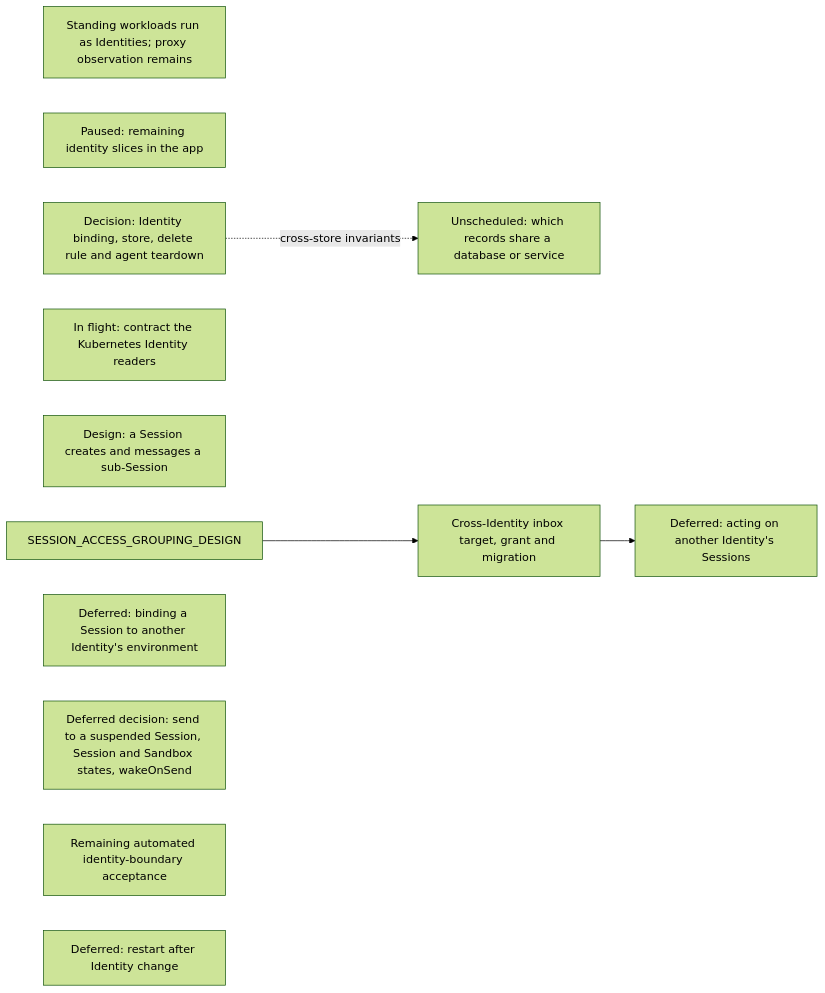
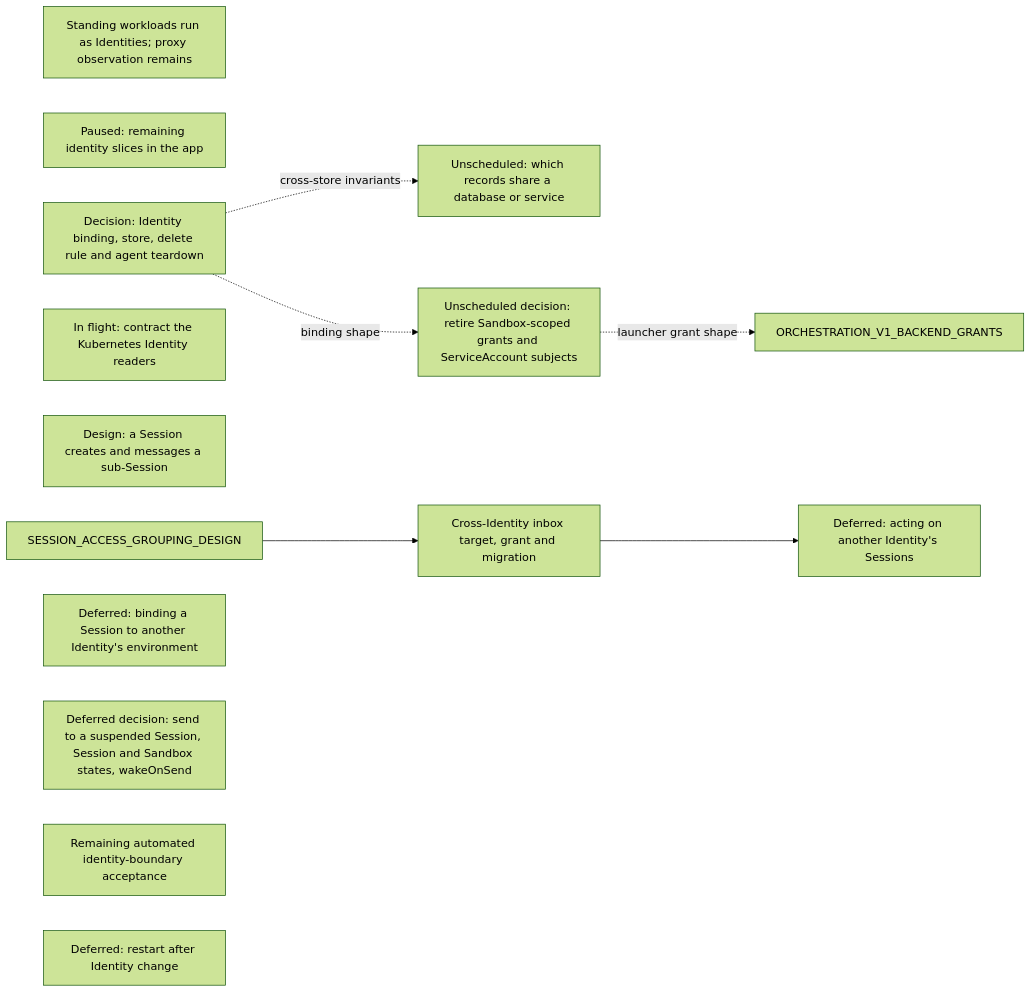
Diagram 16 of 18 in agentplane/plans/task_dag.md (agentydragon/ducktape), drawn with Mermaid (forest theme) before and after one commit. The commit also changed other lines of this file, not shown here.

First line of the commit message:
DAG: record retiring Sandbox-scoped grants and ServiceAccount subjects as an open decision

````diff
--- a/agentplane/plans/task_dag.md
+++ b/agentplane/plans/task_dag.md
@@ -3548,16 +3548,19 @@
 ```mermaid
 flowchart LR
     STANDING_WORKLOAD_IDENTITY[Standing workloads run as Identities; proxy observation remains]
     APP_IDENTITIES_UI[Paused: remaining identity slices in the app]
     IDENTITY_OWNERSHIP_DESIGN[Decision: Identity binding, store, delete rule and agent teardown]
     IDENTITY_READERS_BEHIND_POLICY_SERVICE[In flight: contract the Kubernetes Identity readers]
     RECORD_COLOCATION_DESIGN[Unscheduled: which records share a database or service]
+    POLICY_SUBJECTS_IDENTITY_ONLY[Unscheduled decision: retire Sandbox-scoped grants and ServiceAccount subjects]
+    IDENTITY_OWNERSHIP_DESIGN -. binding shape .-> POLICY_SUBJECTS_IDENTITY_ONLY
+    POLICY_SUBJECTS_IDENTITY_ONLY -. launcher grant shape .-> ORCHESTRATION_V1_BACKEND_GRANTS
     IDENTITY_OWNERSHIP_DESIGN -. cross-store invariants .-> RECORD_COLOCATION_DESIGN
     SESSION_SUBAGENT_DELEGATION[Design: a Session creates and messages a sub-Session]
     SESSION_ACCESS_GROUPING_DESIGN --> SESSION_IDENTITY_AUTHZ[Cross-Identity inbox target, grant and migration]
     SESSION_IDENTITY_AUTHZ --> SESSION_CROSS_IDENTITY_AUTHORITY[Deferred: acting on another Identity's Sessions]
     CROSS_IDENTITY_SESSION_BINDING[Deferred: binding a Session to another Identity's environment]
     WAKE_ON_DELIVERY_DESIGN[Deferred decision: send to a suspended Session, Session and Sandbox states, wakeOnSend]
     IDENTITY_SYSTEM_TESTS[Remaining automated identity-boundary acceptance]
     SANDBOX_IDENTITY_CHANGE_CHECKPOINT[Deferred: restart after Identity change]
 ```
````
